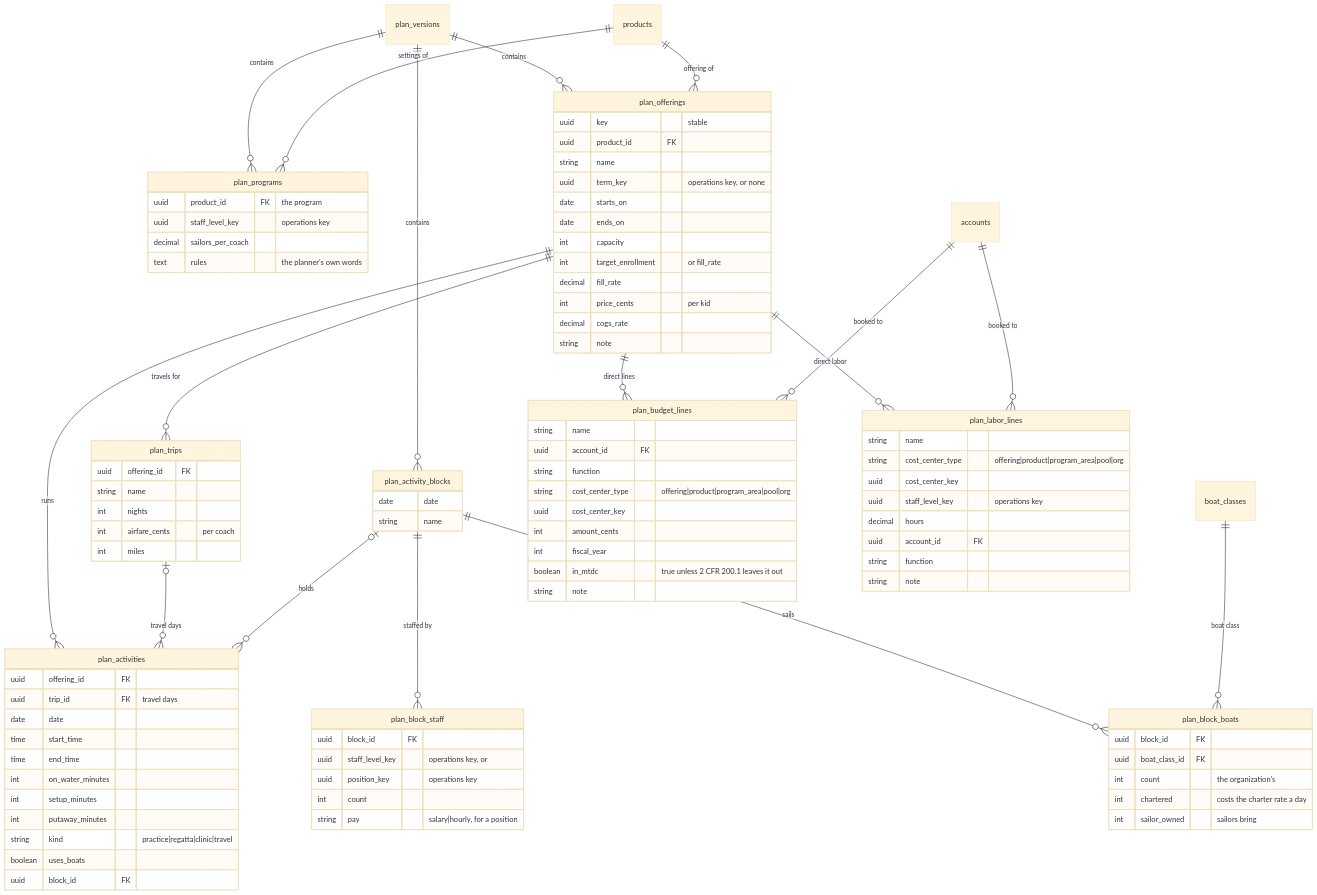
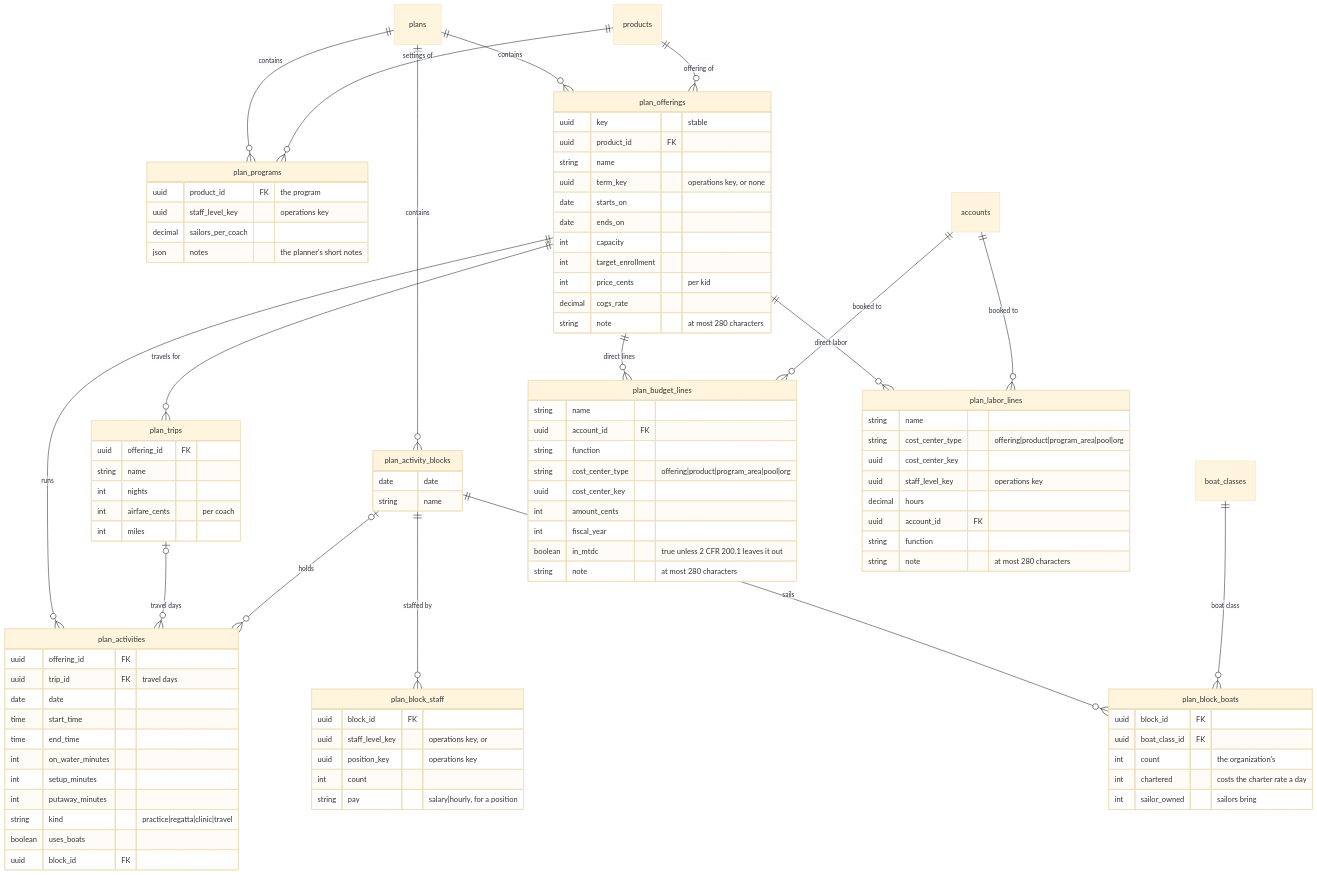
One commit to cyc-seattle/platform changed the fourth of 7 diagrams in docs/planning-schema.md. Above: the diagram before and after it, drawn with Mermaid (base theme). The commit also changed other lines of this file and 66 other files, not shown here.

First line of the commit message:
feat(planning)!: one plan model, frozen Financial Plans, and short notes

````diff
--- a/docs/planning-schema.md
+++ b/docs/planning-schema.md
@@ -278,13 +252,13 @@
 ```mermaid
 erDiagram
-    plan_versions ||--o{ plan_programs : contains
+    plans ||--o{ plan_programs : contains
     products ||--o{ plan_programs : "settings of"
-    plan_versions ||--o{ plan_offerings : contains
+    plans ||--o{ plan_offerings : contains
     products ||--o{ plan_offerings : "offering of"
     plan_offerings ||--o{ plan_activities : runs
     plan_offerings ||--o{ plan_trips : "travels for"
     plan_trips |o--o{ plan_activities : "travel days"
-    plan_versions ||--o{ plan_activity_blocks : contains
+    plans ||--o{ plan_activity_blocks : contains
     plan_activity_blocks |o--o{ plan_activities : holds
     plan_activity_blocks ||--o{ plan_block_staff : "staffed by"
     plan_activity_blocks ||--o{ plan_block_boats : sails
@@ -298,7 +272,7 @@
         uuid product_id FK "the program"
         uuid staff_level_key "operations key"
         decimal sailors_per_coach
-        text rules "the planner's own words"
+        json notes "the planner's short notes"
     }
     plan_offerings {
         uuid key "stable"
@@ -308,11 +282,10 @@
         date starts_on
         date ends_on
         int capacity
-        int target_enrollment "or fill_rate"
-        decimal fill_rate
+        int target_enrollment
         int price_cents "per kid"
         decimal cogs_rate
-        string note
+        string note "at most 280 characters"
     }
     plan_activities {
         uuid offering_id FK
@@ -360,7 +333,7 @@
         decimal hours
         uuid account_id FK
         string function
-        string note
+        string note "at most 280 characters"
     }
     plan_budget_lines {
         string name
@@ -371,6 +344,6 @@
         int amount_cents
         int fiscal_year
         boolean in_mtdc "true unless 2 CFR 200.1 leaves it out"
-        string note
+        string note "at most 280 characters"
     }
 ```
````
